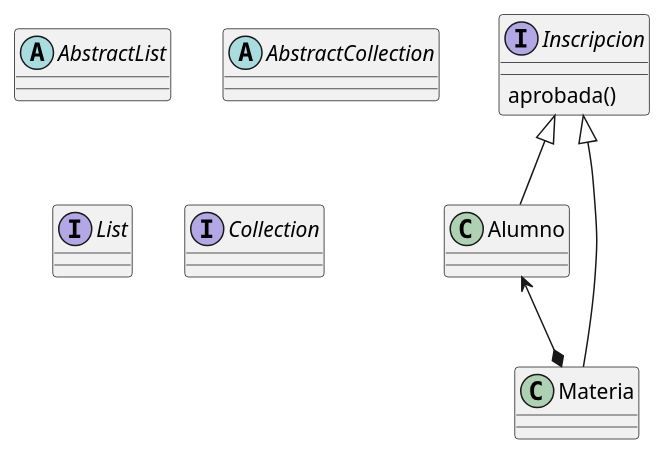
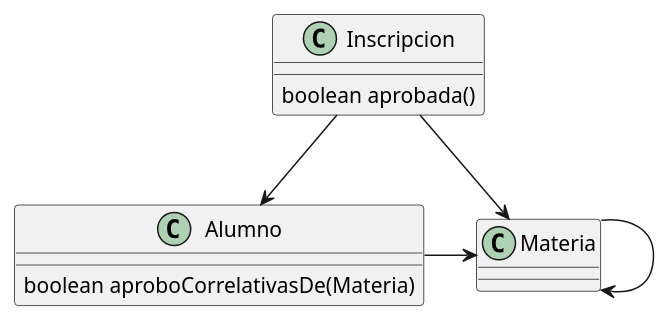
One commit to KVasquesMoviaUTN/ValidadorCorrelatividades changed the diagram in Diagrama.puml. Above: the diagram before and after it, drawn with PlantUML. The commit also changed 7 other files, not shown here.

```diff
--- a/Diagrama.puml
+++ b/Diagrama.puml
@@ -1,26 +1,19 @@
 @startuml
-'https://plantuml.com/class-diagram
+Inscripcion --> Alumno
+Inscripcion --> Materia
 
-abstract class AbstractList
-abstract AbstractCollection
-interface List
-interface Collection
-
-Inscripcion <|-- Alumno
-Inscripcion <|-- Materia
-
-'Materia --*> Alumno
-Alumno <--* Materia
+Materia -> Materia
+Alumno -> Materia
 
 class Alumno {
-
+boolean aproboCorrelativasDe(Materia)
 }
 
 class Materia {
 
 }
 
-Interface Inscripcion {
-aprobada()
+class Inscripcion {
+boolean aprobada()
 }
 @enduml
```
